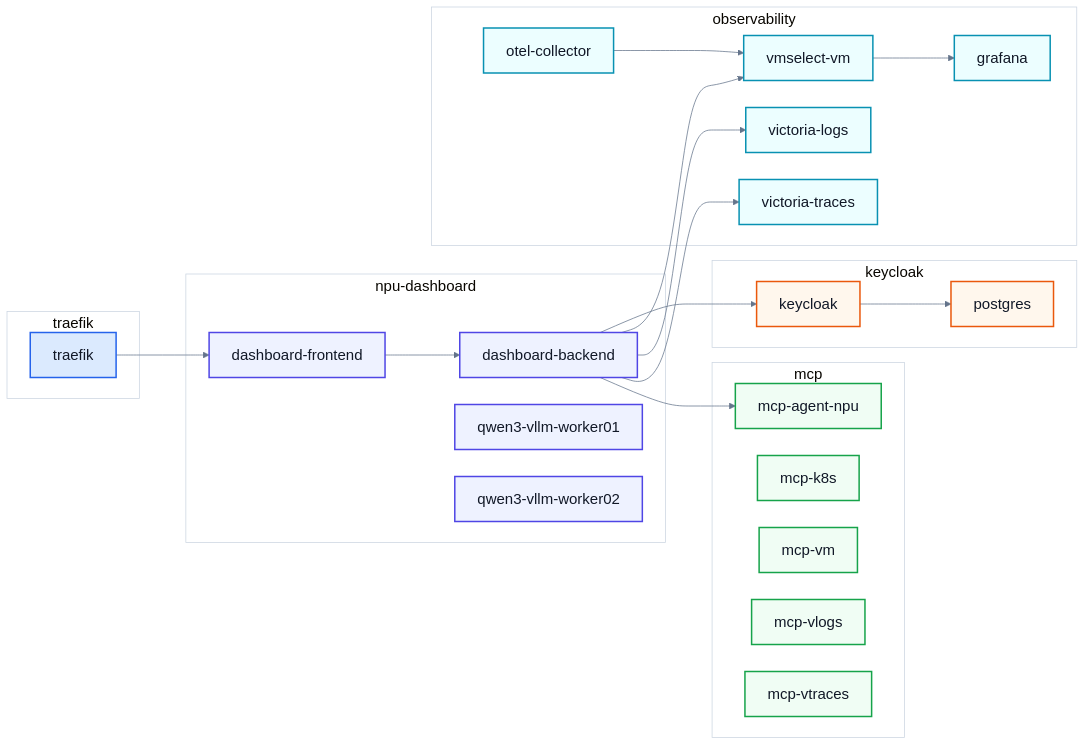
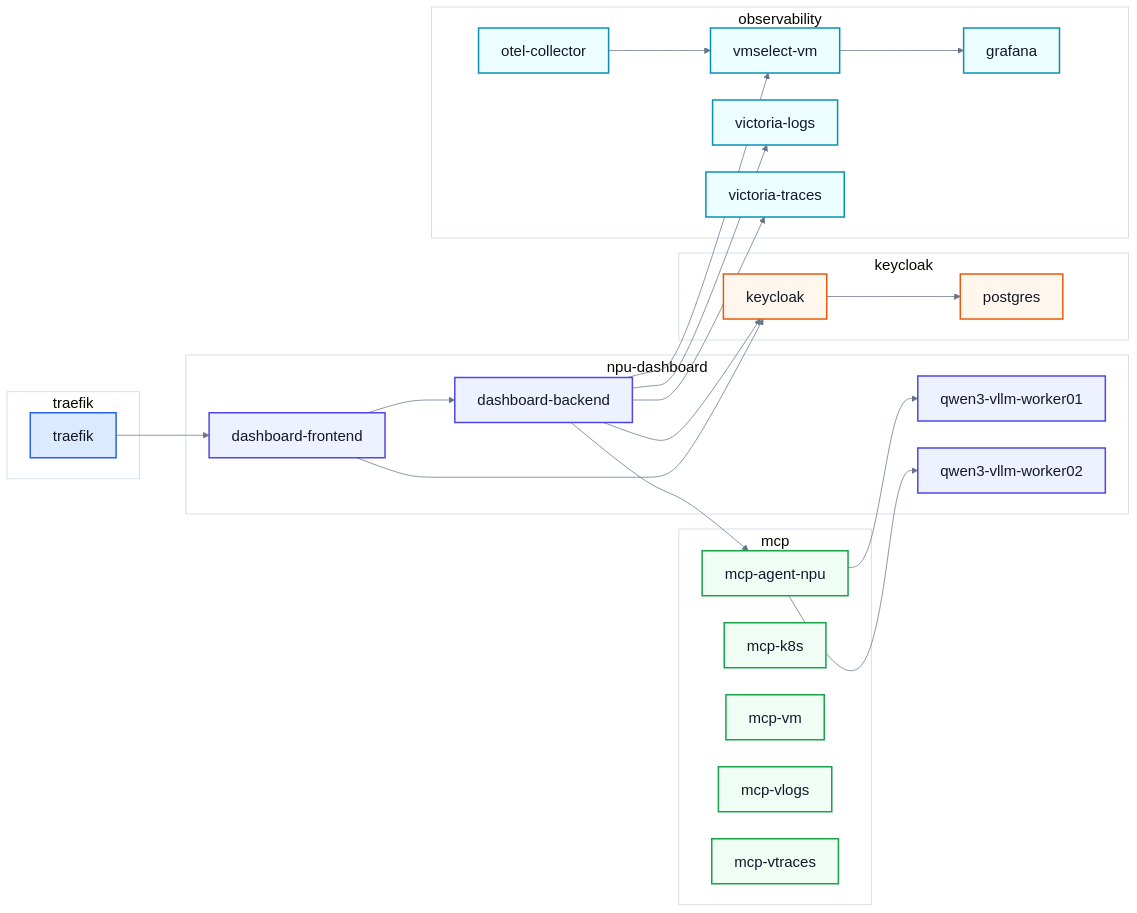
Before and after one commit to jwjinn/kubernetes-dashboard: the second of 2 diagrams in README.en.md, drawn with Mermaid. The commit also changed other lines of this file and 1 other file, not shown here.

Commit message:
Refine README runtime architecture notes

````diff
--- a/README.en.md
+++ b/README.en.md
@@ -158,74 +160,77 @@
 ```mermaid
 %%{init: {
   "theme": "base",
   "themeVariables": {
     "fontSize": "20px",
     "fontFamily": "ui-sans-serif, system-ui, -apple-system, BlinkMacSystemFont, Segoe UI, sans-serif",
     "primaryTextColor": "#0f172a",
     "lineColor": "#64748b",
     "clusterBkg": "#ffffff",
     "clusterBorder": "#cbd5e1"
   },
   "flowchart": {
     "nodeSpacing": 36,
     "rankSpacing": 62,
     "curve": "basis",
     "useMaxWidth": true
   }
 }}%%
 flowchart LR
     subgraph NS1[npu-dashboard]
         FE[dashboard-frontend]
         BE[dashboard-backend]
         APP1[qwen3-vllm-worker01]
         APP2[qwen3-vllm-worker02]
     end
 
     subgraph NS2[keycloak]
         KC[keycloak]
         PG[postgres]
     end
 
     subgraph NS3[observability]
         OTEL[otel-collector]
         VM[vmselect-vm]
         VLOGS[victoria-logs]
         VTRACES[victoria-traces]
         GRAFANA[grafana]
     end
 
     subgraph NS4[mcp]
         MCPAGENT[mcp-agent-npu]
         MCPK8S[mcp-k8s]
         MCPVM[mcp-vm]
         MCPVLOGS[mcp-vlogs]
         MCPVTRACES[mcp-vtraces]
     end
 
     subgraph NS5[traefik]
         TR[traefik]
     end
 
     TR --> FE
     FE --> BE
+    FE --> KC
     BE --> KC
     KC --> PG
     BE --> VM
     BE --> VLOGS
     BE --> VTRACES
     BE --> MCPAGENT
+    MCPAGENT --> APP1
+    MCPAGENT --> APP2
     OTEL --> VM
     VM --> GRAFANA
 
     classDef dash fill:#eef2ff,stroke:#4f46e5,stroke-width:2px,color:#111827;
     classDef auth fill:#fff7ed,stroke:#ea580c,stroke-width:2px,color:#111827;
     classDef obs fill:#ecfeff,stroke:#0891b2,stroke-width:2px,color:#111827;
     classDef mcp fill:#f0fdf4,stroke:#16a34a,stroke-width:2px,color:#111827;
     classDef edge fill:#dbeafe,stroke:#2563eb,stroke-width:2px,color:#111827;
 
     class FE,BE,APP1,APP2 dash;
     class KC,PG auth;
     class OTEL,VM,VLOGS,VTRACES,GRAFANA obs;
     class MCPAGENT,MCPK8S,MCPVM,MCPVLOGS,MCPVTRACES mcp;
     class TR edge;
 ```
````
